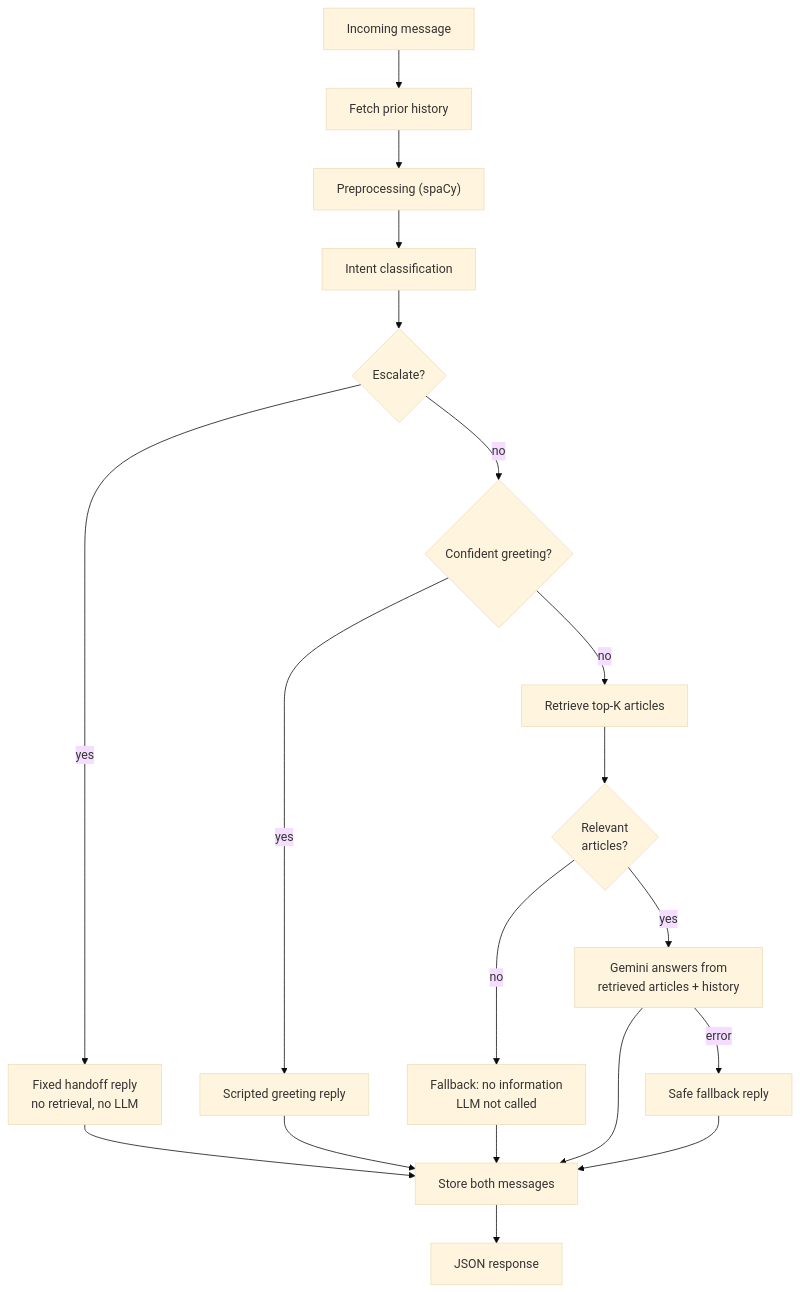
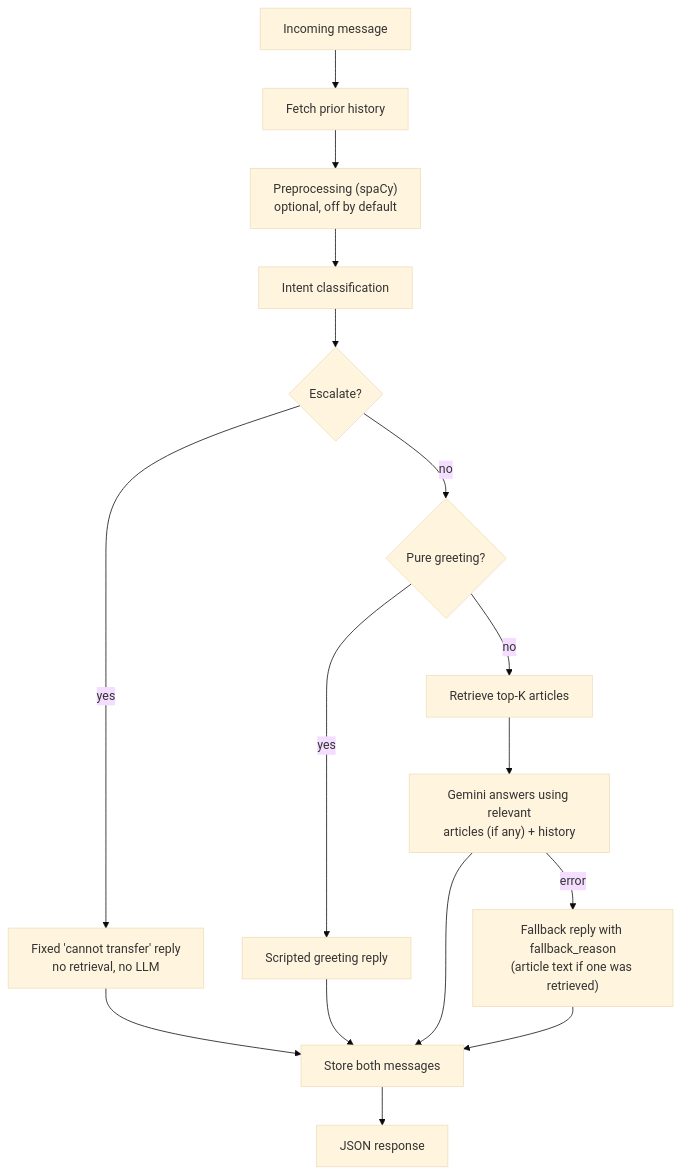
The second of 2 diagrams in README.md (tejasvimunjal17-source/SmartAssist-AI-Powered-Customer-Support-Chatbot), drawn with Mermaid (base theme) before and after one commit. The commit also changed other lines of this file, not shown here.

````diff
--- a/README.md
+++ b/README.md
@@ -135,21 +156,18 @@
 ```mermaid
 flowchart TD
     A["Incoming message"] --> B["Fetch prior history"]
-    B --> C["Preprocessing (spaCy)"]
+    B --> C["Preprocessing (spaCy)<br/>optional, off by default"]
     C --> D["Intent classification"]
     D --> E{"Escalate?"}
-    E -- yes --> F["Fixed handoff reply<br/>no retrieval, no LLM"]
-    E -- no --> G{"Confident greeting?"}
+    E -- yes --> F["Fixed 'cannot transfer' reply<br/>no retrieval, no LLM"]
+    E -- no --> G{"Pure greeting?"}
     G -- yes --> H["Scripted greeting reply"]
     G -- no --> I["Retrieve top-K articles"]
-    I --> J{"Relevant<br/>articles?"}
-    J -- no --> K["Fallback: no information<br/>LLM not called"]
-    J -- yes --> L["Gemini answers from<br/>retrieved articles + history"]
-    L -- error --> M["Safe fallback reply"]
+    I --> L["Gemini answers using relevant<br/>articles (if any) + history"]
+    L -- error --> M["Fallback reply with fallback_reason<br/>(article text if one was retrieved)"]
     F --> N["Store both messages"]
     H --> N
-    K --> N
     L --> N
     M --> N
     N --> O["JSON response"]
 ```
````
